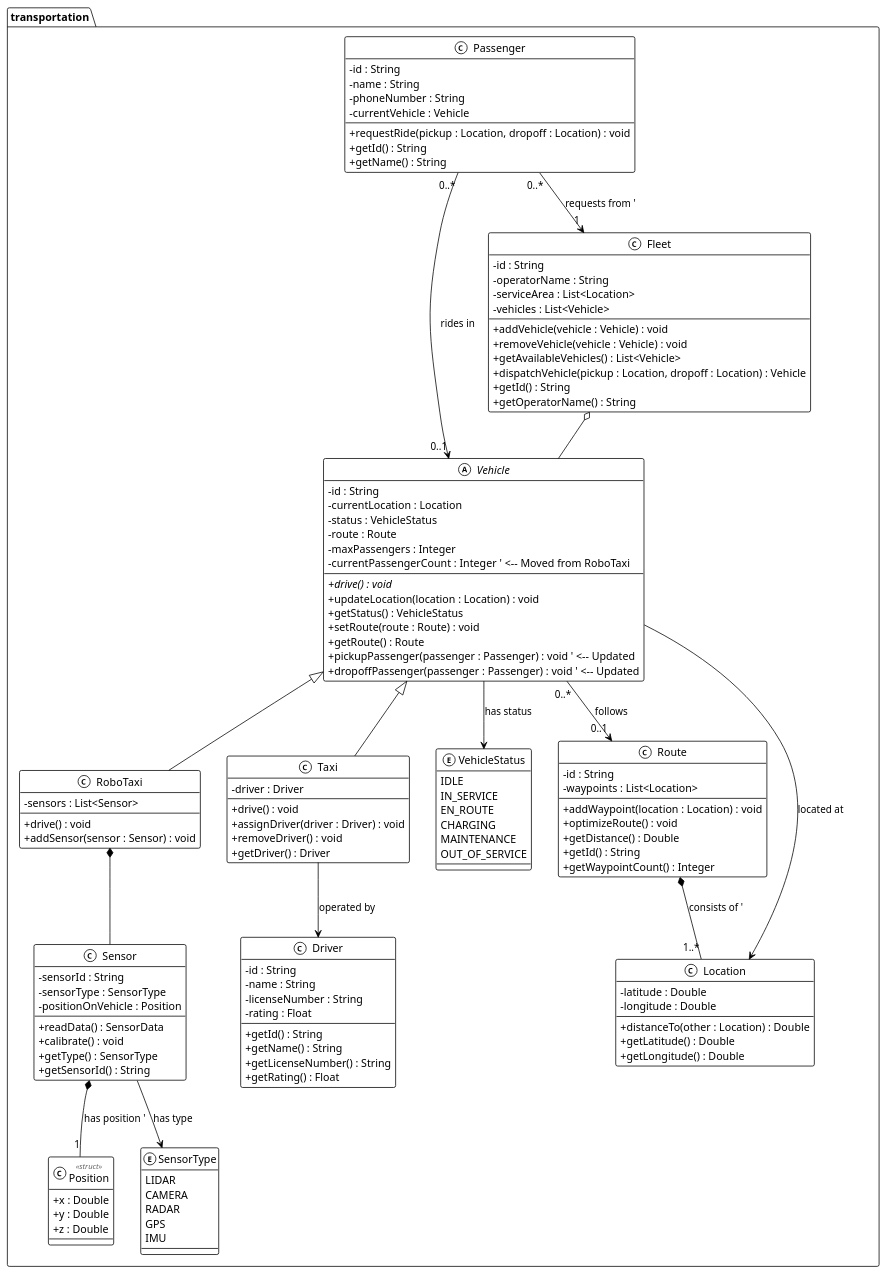
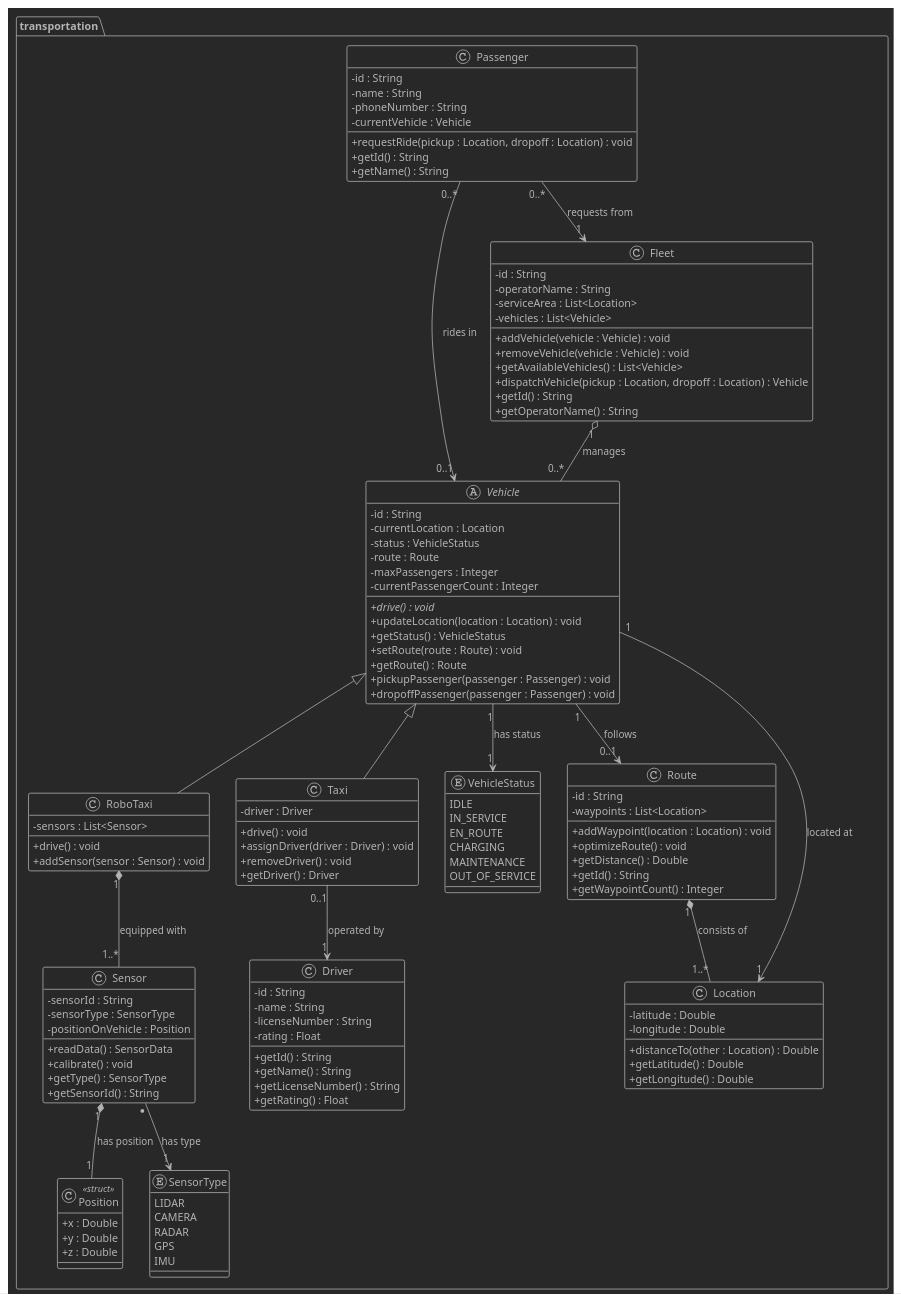
Before and after one commit to timsweeney7/enpm702-fall-2025: the diagram in week8/diagram/class_diagram.plantuml, drawn with PlantUML. The commit also changed 32 other files, not shown here.

```diff
--- a/week8/diagram/class_diagram.plantuml
+++ b/week8/diagram/class_diagram.plantuml
@@ -1,158 +1,154 @@
 @startuml
 skinparam monochrome true
 skinparam shadowing false
-!theme mono
+' !theme mono
+!theme crt-amber
 skinparam classAttributeIconSize 0
 namespace transportation {
 
   ' Position struct for sensor mounting
   class Position <<struct>> {
     + x : Double
     + y : Double
     + z : Double
   }
 
   ' Inheritance hierarchy
   abstract class Vehicle {
     - id : String
     - currentLocation : Location
     - status : VehicleStatus
     - route : Route
     - maxPassengers : Integer
-    - currentPassengerCount : Integer ' <-- Moved from RoboTaxi
+    - currentPassengerCount : Integer
     __
     + {abstract} drive() : void
     + updateLocation(location : Location) : void
     + getStatus() : VehicleStatus
     + setRoute(route : Route) : void
     + getRoute() : Route
-    + pickupPassenger(passenger : Passenger) : void ' <-- Updated
-    + dropoffPassenger(passenger : Passenger) : void ' <-- Updated
+    + pickupPassenger(passenger : Passenger) : void
+    + dropoffPassenger(passenger : Passenger) : void
   }
 
   class RoboTaxi {
     - sensors : List<Sensor>
-    ' - currentPassengerCount : Integer ' <-- Removed
     __
     + drive() : void
     + addSensor(sensor : Sensor) : void
   }
 
   class Taxi {
     - driver : Driver
     __
     + drive() : void
     + assignDriver(driver : Driver) : void
     + removeDriver() : void
     + getDriver() : Driver
   }
 
   class Driver {
     - id : String
     - name : String
     - licenseNumber : String
     - rating : Float
     __
     + getId() : String
     + getName() : String
     + getLicenseNumber() : String
     + getRating() : Float
   }
 
   ' Composition - Sensors are part of RoboTaxi
   class Sensor {
     - sensorId : String
     - sensorType : SensorType
     - positionOnVehicle : Position
     __
     + readData() : SensorData
     + calibrate() : void
     + getType() : SensorType
     + getSensorId() : String
   }
 
   enum SensorType {
     LIDAR
     CAMERA
     RADAR
     GPS
     IMU
   }
 
   enum VehicleStatus {
     IDLE
     IN_SERVICE
     EN_ROUTE
     CHARGING
     MAINTENANCE
     OUT_OF_SERVICE
   }
 
   ' Aggregation - Fleet contains Vehicles
   class Fleet {
     - id : String
     - operatorName : String
     - serviceArea : List<Location>
     - vehicles : List<Vehicle>
     __
     + addVehicle(vehicle : Vehicle) : void
     + removeVehicle(vehicle : Vehicle) : void
     + getAvailableVehicles() : List<Vehicle>
     + dispatchVehicle(pickup : Location, dropoff : Location) : Vehicle
     + getId() : String
     + getOperatorName() : String
   }
 
   class Route {
     - id : String
     - waypoints : List<Location>
     __
     + addWaypoint(location : Location) : void
     + optimizeRoute() : void
     + getDistance() : Double
     + getId() : String
     + getWaypointCount() : Integer
   }
 
   class Location {
     - latitude : Double
     - longitude : Double
     __
     + distanceTo(other : Location) : Double
     + getLatitude() : Double
     + getLongitude() : Double
   }
 
   class Passenger {
     - id : String
     - name : String
     - phoneNumber : String
     - currentVehicle : Vehicle
-    ' - fleet : Fleet ' <-- Implied by new association
     __
     + requestRide(pickup : Location, dropoff : Location) : void
-    ' + boardVehicle(vehicle : Vehicle) : void ' <-- Removed
-    ' + exitVehicle() : void ' <-- Removed
     + getId() : String
     + getName() : String
   }
 
   ' Relationships
   Vehicle <|-- RoboTaxi
   Vehicle <|-- Taxi
-  
-  RoboTaxi *-- Sensor
-  Taxi --> Driver : operated by
-  
-  Fleet o-- Vehicle
-  Vehicle "0..*" --> "0..1" Route : follows
-  
-  Sensor --> SensorType : has type
-  Sensor *-- "1" Position : has position ' 
-  Vehicle --> Location : located at
-  Vehicle --> VehicleStatus : has status
-  Route *-- "1..*" Location : consists of ' 
+
+  RoboTaxi "1" *-- "1..*" Sensor : equipped with
+  Taxi "0..1" --> "1" Driver : operated by
+  Fleet "1" o-- "0..*" Vehicle : manages
+  Vehicle "1" --> "0..1" Route : follows
+  Sensor "* " --> "1" SensorType : has type
+  Sensor "1" *-- "1" Position : has position
+  Vehicle "1" --> "1" Location : located at
+  Vehicle "1" --> "1" VehicleStatus : has status
+  Route "1" *-- "1..*" Location : consists of
   Passenger "0..*" --> "0..1" Vehicle : rides in
-  Passenger "0..*" --> "1" Fleet : requests from '
+  Passenger "0..*" --> "1" Fleet : requests from
+
 }
 @enduml
```
